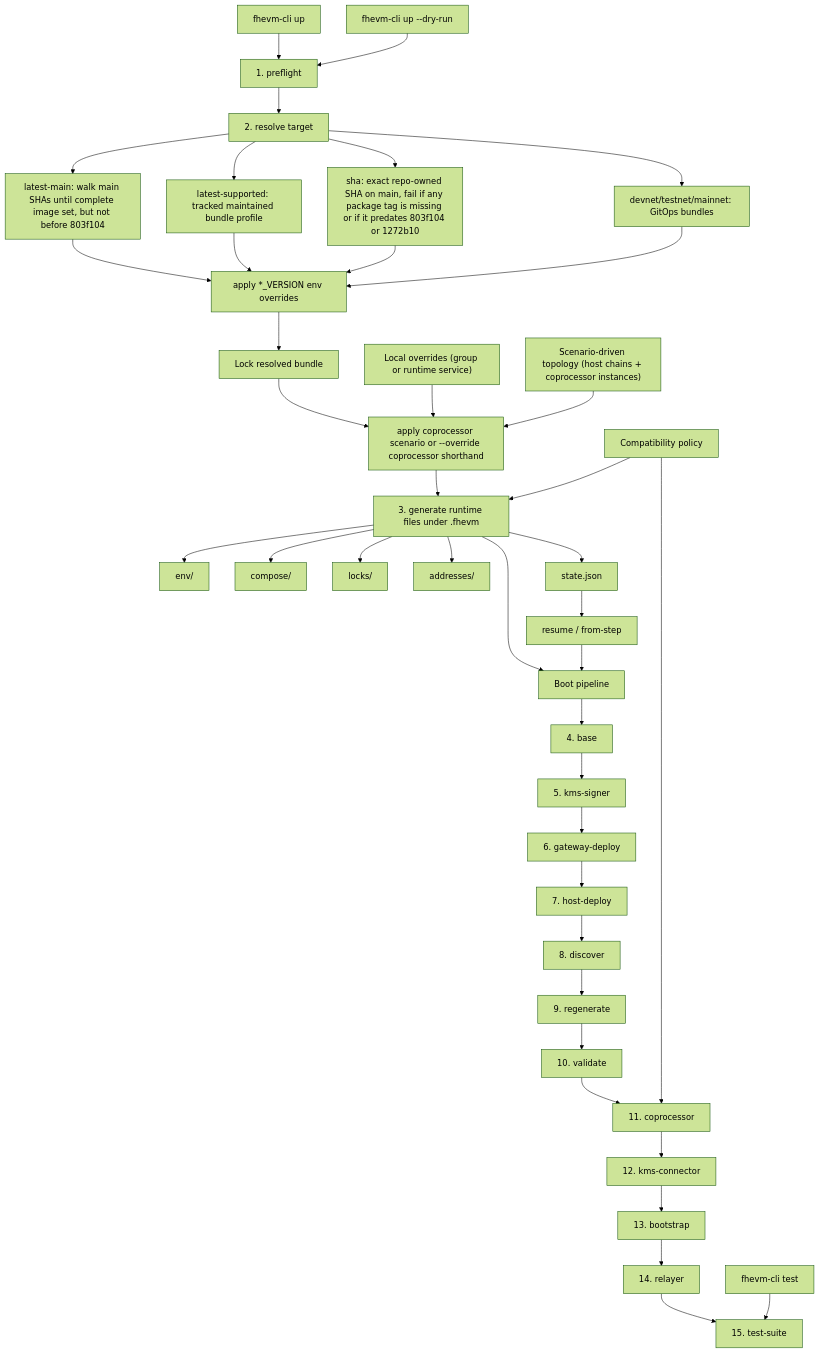
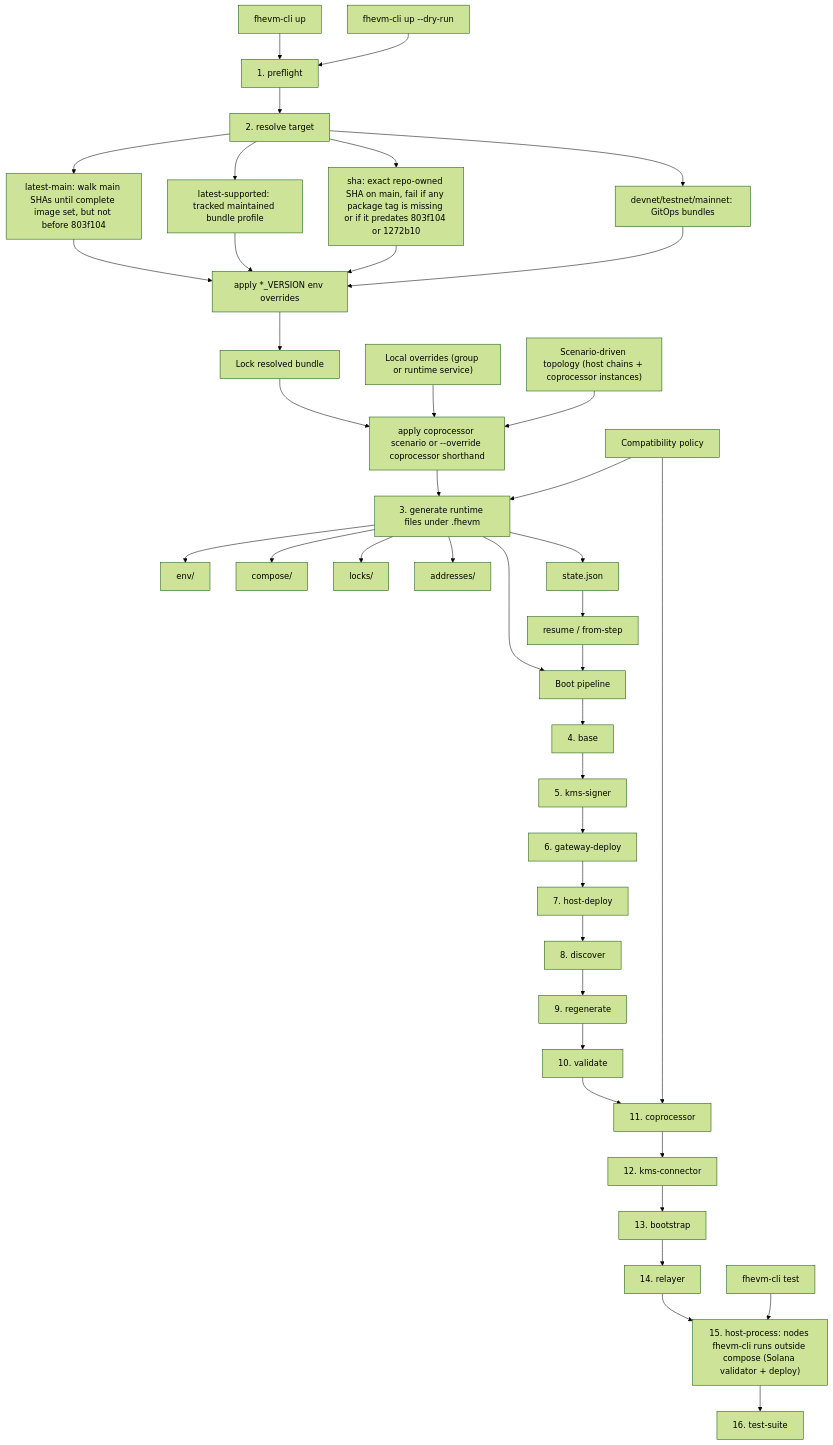
The diagram in test-suite/fhevm/ARCHITECTURE.md (zama-ai/fhevm), drawn with Mermaid (forest theme) before and after one commit. The commit also changed 11 other files, not shown here.

````diff
--- a/test-suite/fhevm/ARCHITECTURE.md
+++ b/test-suite/fhevm/ARCHITECTURE.md
@@ -5,48 +5,49 @@
 ```mermaid
 flowchart TD
   A["fhevm-cli up"] --> P["1. preflight"]
   P --> B["2. resolve target"]
   B --> B1["latest-main: walk main SHAs until complete image set, but not before 803f104"]
   B --> B2["latest-supported: tracked maintained bundle profile"]
   B --> B3["sha: exact repo-owned SHA on main, fail if any package tag is missing or if it predates 803f104 or 1272b10"]
   B --> B4["devnet/testnet/mainnet: GitOps bundles"]
   B1 --> C["apply *_VERSION env overrides"]
   B2 --> C
   B3 --> C
   B4 --> C
 
   C --> C1["Lock resolved bundle"]
   C1 --> C2["apply coprocessor scenario or --override coprocessor shorthand"]
 
   C2 --> E["3. generate runtime files under .fhevm"]
   E --> E1["env/"]
   E --> E2["compose/"]
   E --> E3["locks/"]
   E --> E4["addresses/"]
   E --> E5["state.json"]
 
   E --> F["Boot pipeline"]
   F --> F1["4. base"]
   F1 --> F2["5. kms-signer"]
   F2 --> F3["6. gateway-deploy"]
   F3 --> F4["7. host-deploy"]
   F4 --> F5["8. discover"]
   F5 --> F6["9. regenerate"]
   F6 --> F7["10. validate"]
   F7 --> F8["11. coprocessor"]
   F8 --> F9["12. kms-connector"]
   F9 --> F10["13. bootstrap"]
   F10 --> F11["14. relayer"]
-  F11 --> F12["15. test-suite"]
+  F11 --> F12["15. host-process: nodes fhevm-cli runs outside compose (Solana validator + deploy)"]
+  F12 --> F13["16. test-suite"]
 
   G["Local overrides (group or runtime service)"] --> C2
   H["Scenario-driven topology (host chains + coprocessor instances)"] --> C2
   I["Compatibility policy"] --> E
   I --> F8
 
   E5 --> J["resume / from-step"]
   J --> F
 
   K["fhevm-cli test"] --> F12
   L["fhevm-cli up --dry-run"] --> P
 ```
````
